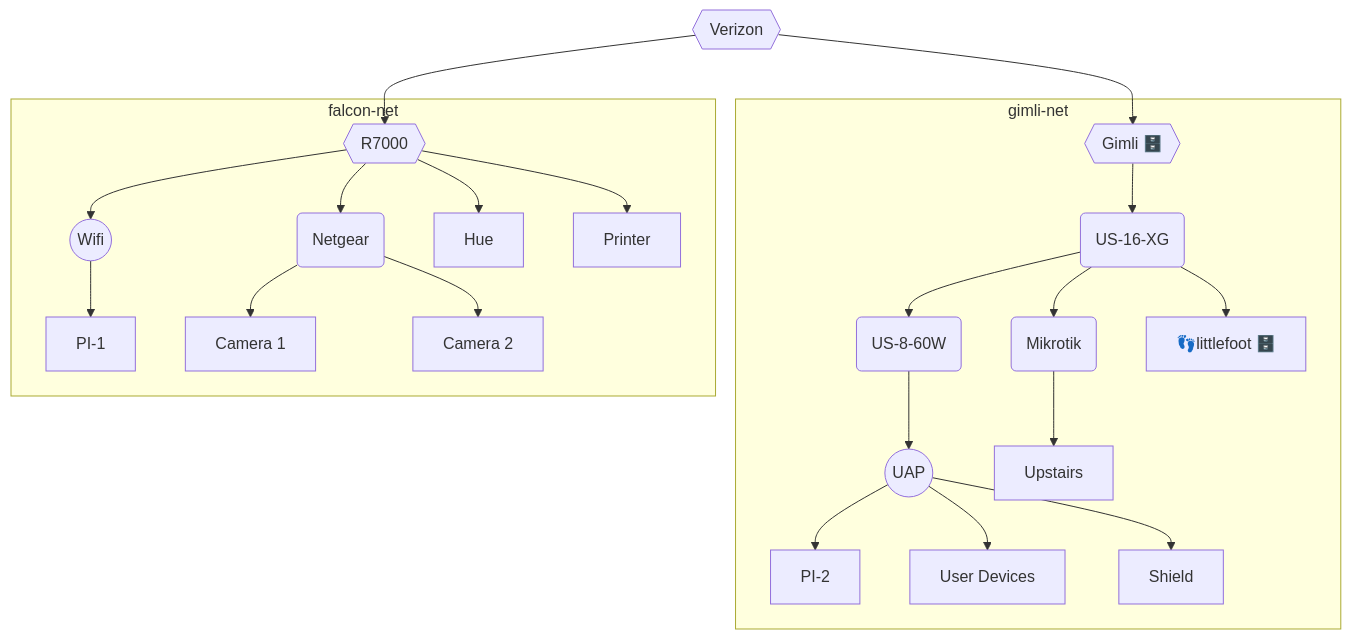
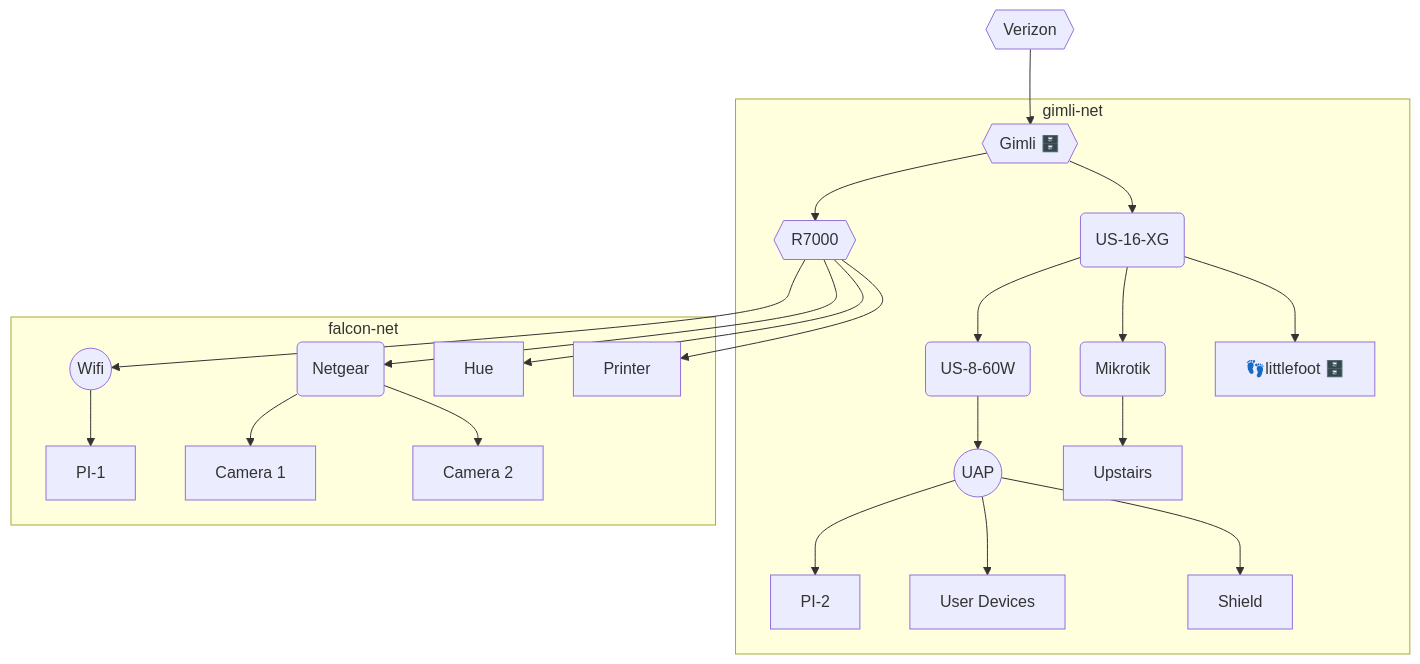
One commit to marklester/lesterlab changed the diagram in net-diagram.md. Above: the diagram before and after it, drawn with Mermaid. The commit also changed 3 other files, not shown here.

````diff
--- a/net-diagram.md
+++ b/net-diagram.md
@@ -1,25 +1,25 @@
 ```mermaid
 graph TD
     V{{Verizon}} -->G{{"Gimli 🗄️"}}
-    V-->R{{R7000}}
     subgraph gimli-net
+    G-->R{{R7000}}
     G  --> XG(US-16-XG)
     XG --> U8(US-8-60W)
     XG --> M(Mikrotik)
     XG -->L["👣littlefoot 🗄️"]
     U8 -->UAP((UAP))
     UAP-->PI2[PI-2]
     UAP-->D[User Devices]
     UAP-->SH[Shield]
     M--> UP[Upstairs]
     end
     subgraph falcon-net
     R-->N8(Netgear)
     R-->NW((Wifi))
     NW-->PI1[PI-1]
     N8-->C[Camera 1]
     N8-->C2[Camera 2]
     R-->H[Hue]
     R-->B[Printer]
     end
 ```
````
